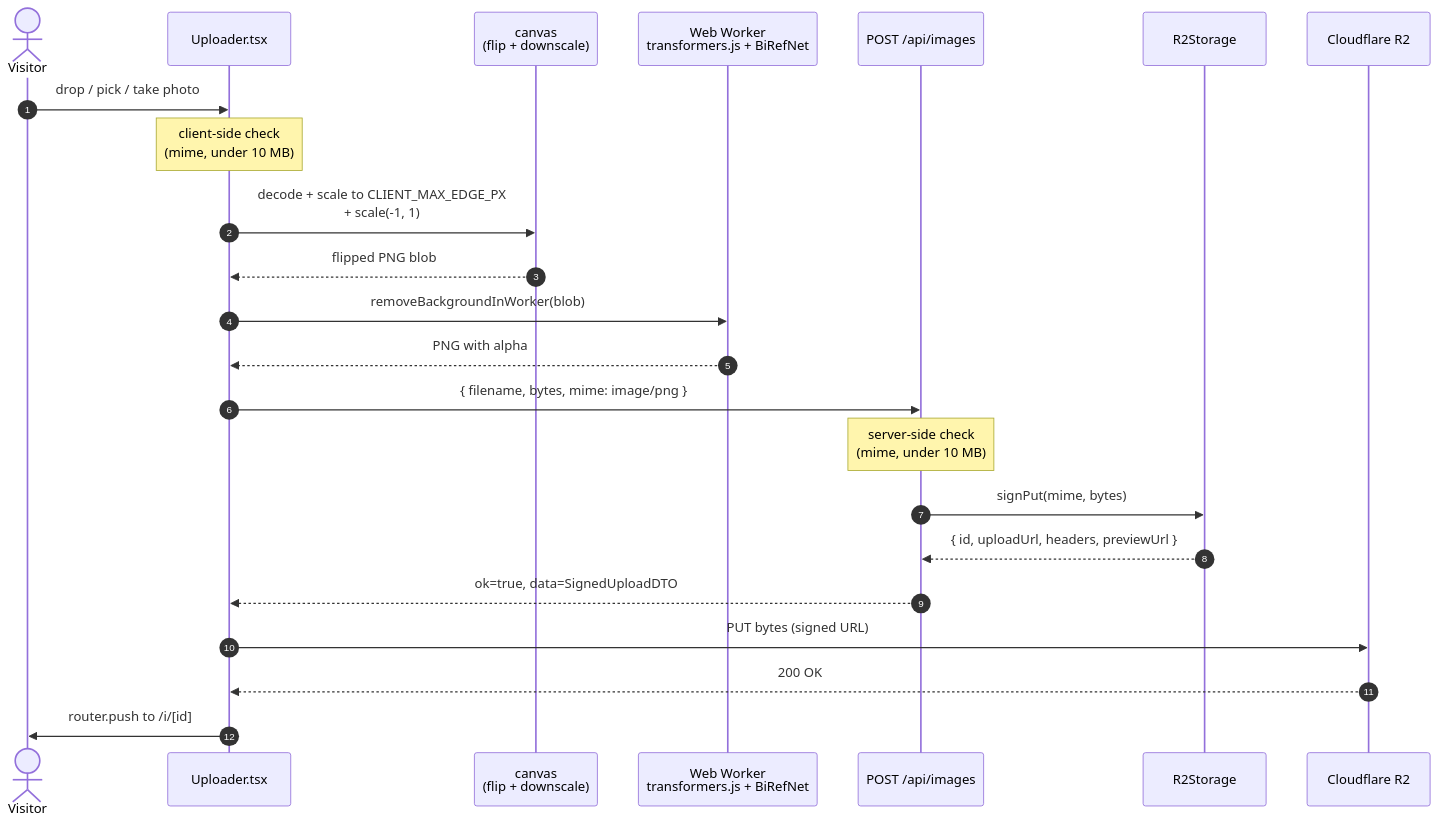
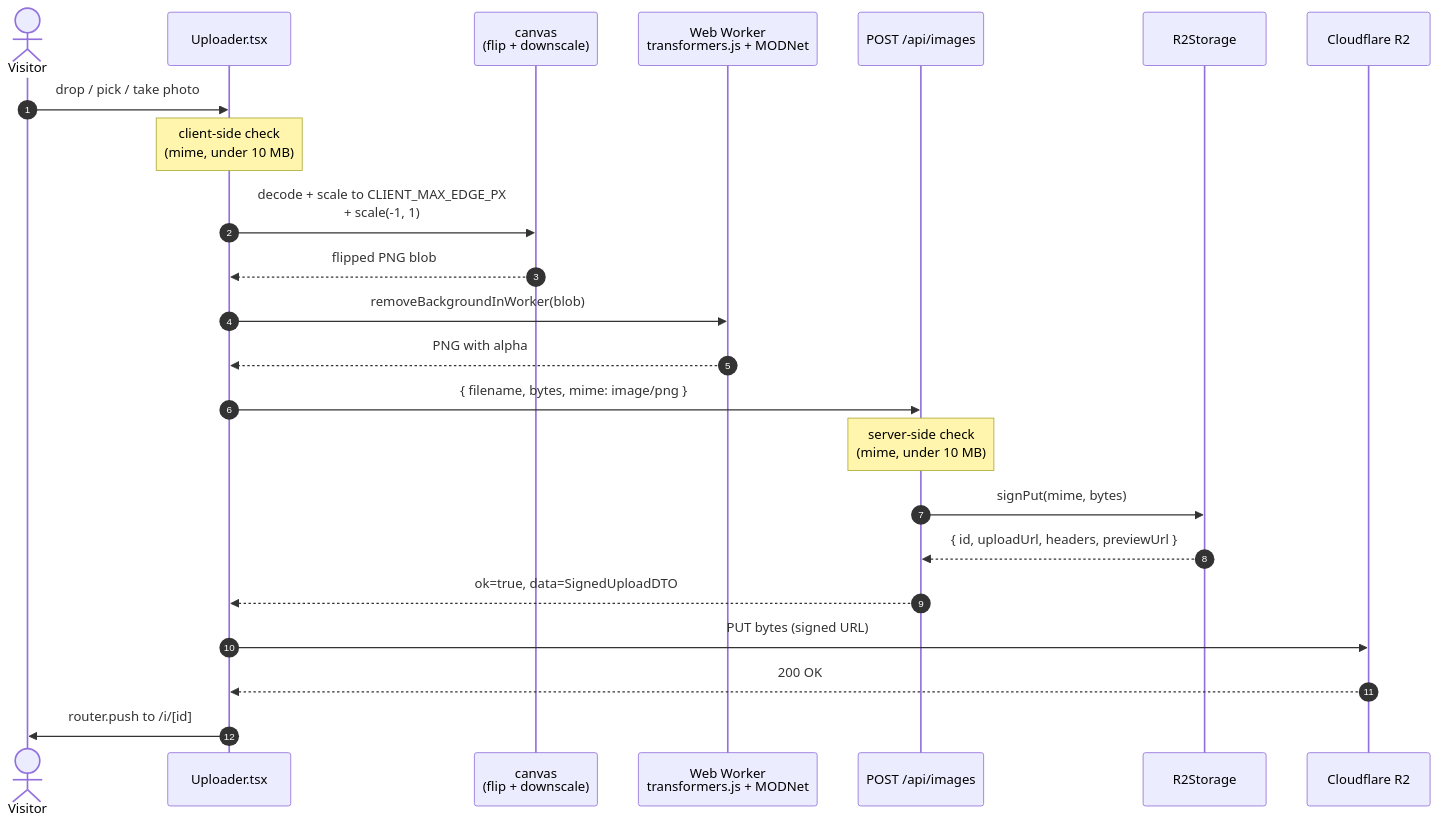
The third of 5 diagrams in docs/ARCHITECTURE.md (agustin-vaca/image-transformation), drawn with Mermaid before and after one commit. The commit also changed other lines of this file and 2 other files, not shown here.

First line of the commit message:
fix(bg-removal): swap BiRefNet for MODNet (Apache-2.0, properly quantized)

````diff
--- a/docs/ARCHITECTURE.md
+++ b/docs/ARCHITECTURE.md
@@ -132,26 +132,26 @@
 ```mermaid
 sequenceDiagram
     autonumber
     actor U as Visitor
     participant UI as Uploader.tsx
     participant CV as canvas<br/>(flip + downscale)
-    participant W as Web Worker<br/>transformers.js + BiRefNet
+    participant W as Web Worker<br/>transformers.js + MODNet
     participant API as POST /api/images
     participant S as R2Storage
     participant R2 as Cloudflare R2
 
     U->>UI: drop / pick / take photo
     Note over UI: client-side check<br/>(mime, under 10 MB)
     UI->>CV: decode + scale to CLIENT_MAX_EDGE_PX<br/>+ scale(-1, 1)
     CV-->>UI: flipped PNG blob
     UI->>W: removeBackgroundInWorker(blob)
     W-->>UI: PNG with alpha
     UI->>API: { filename, bytes, mime: image/png }
     Note over API: server-side check<br/>(mime, under 10 MB)
     API->>S: signPut(mime, bytes)
     S-->>API: { id, uploadUrl, headers, previewUrl }
     API-->>UI: ok=true, data=SignedUploadDTO
     UI->>R2: PUT bytes (signed URL)
     R2-->>UI: 200 OK
     UI->>U: router.push to /i/[id]
 ```
````
